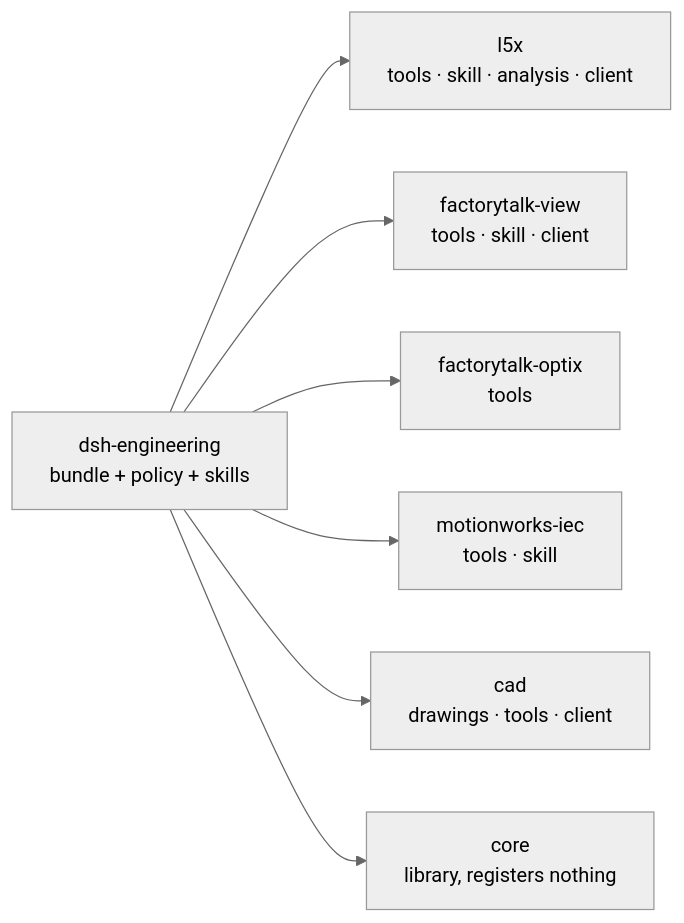
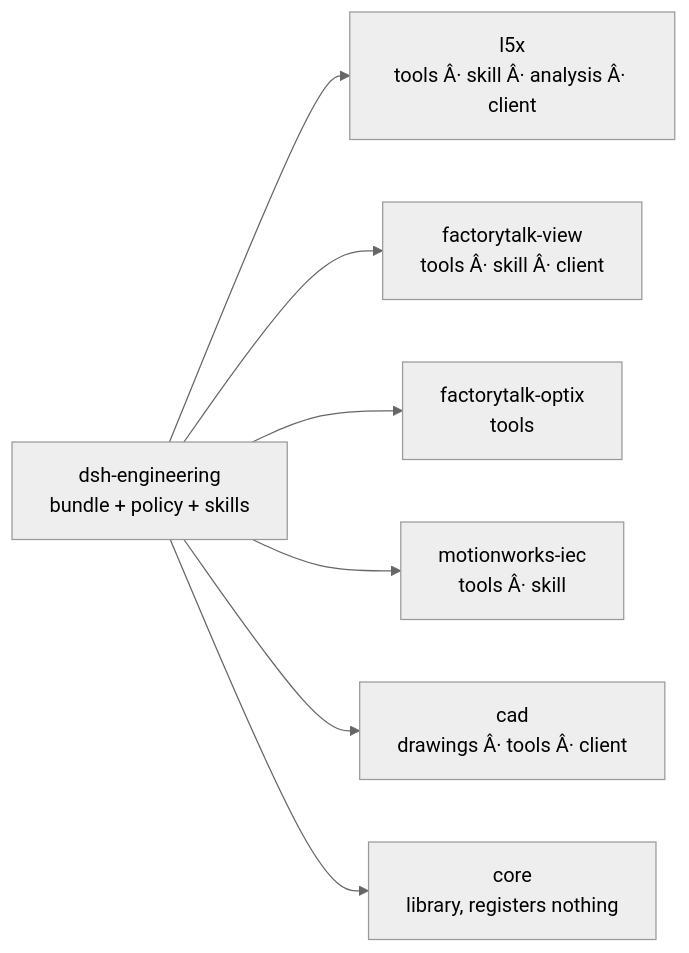
One commit to KonnectSuite/dsh-engineering changed the third of 3 diagrams in README.md. Above: the diagram before and after it, drawn with Mermaid (neutral theme). The commit also changed other lines of this file and 9 other files, not shown here.

````diff
--- a/README.md
+++ b/README.md
@@ -121,9 +122,9 @@
 ```mermaid
 flowchart LR
-  Bundle["dsh-engineering<br/>bundle + policy + skills"] --> L5X["l5x<br/>tools · skill · analysis · client"]
-  Bundle --> FTV["factorytalk-view<br/>tools · skill · client"]
+  Bundle["dsh-engineering<br/>bundle + policy + skills"] --> L5X["l5x<br/>tools Â· skill Â· analysis Â· client"]
+  Bundle --> FTV["factorytalk-view<br/>tools Â· skill Â· client"]
   Bundle --> OPT["factorytalk-optix<br/>tools"]
-  Bundle --> MWI["motionworks-iec<br/>tools · skill"]
-  Bundle --> CAD["cad<br/>drawings · tools · client"]
+  Bundle --> MWI["motionworks-iec<br/>tools Â· skill"]
+  Bundle --> CAD["cad<br/>drawings Â· tools Â· client"]
   Bundle --> CORE["core<br/>library, registers nothing"]
 ```
````
